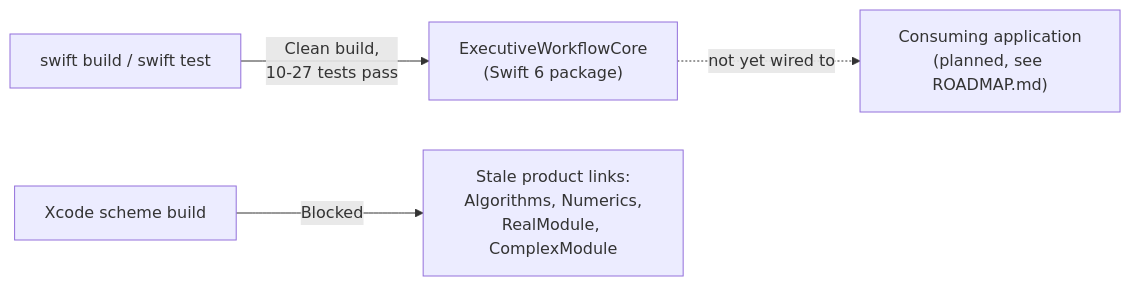
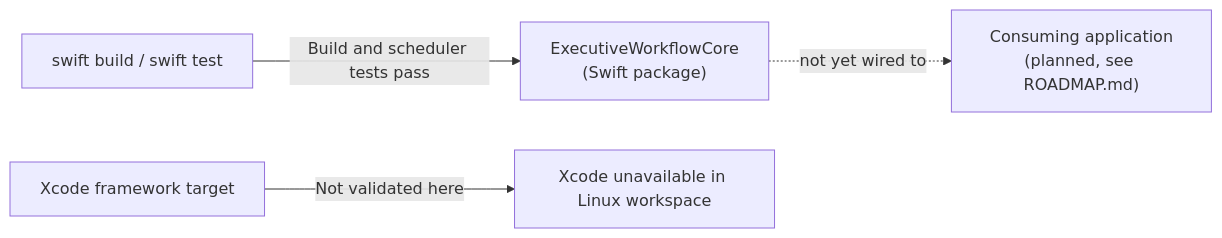
One commit to bassamfaraj-spec/Bassam-S-Faraj-Jr-CEO changed the second of 2 diagrams in BLUEPRINTS.md. Above: the diagram before and after it, drawn with Mermaid. The commit also changed other lines of this file and 2 other files, not shown here.

Commit message:
Validate workflow scheduler foundation

````diff
--- a/BLUEPRINTS.md
+++ b/BLUEPRINTS.md
@@ -66,6 +35,6 @@
 ```mermaid
 flowchart LR
-    A["swift build / swift test"] -->|Clean build,\n10-27 tests pass| B["ExecutiveWorkflowCore\n(Swift 6 package)"]
-    C["Xcode scheme build"] -->|Blocked| D["Stale product links:\nAlgorithms, Numerics,\nRealModule, ComplexModule"]
+    A["swift build / swift test"] -->|Build and scheduler tests pass| B["ExecutiveWorkflowCore\n(Swift package)"]
+    C["Xcode framework target"] -->|Not validated here| D["Xcode unavailable in Linux workspace"]
     B -. "not yet wired to" .-> E["Consuming application\n(planned, see ROADMAP.md)"]
 ```
````
